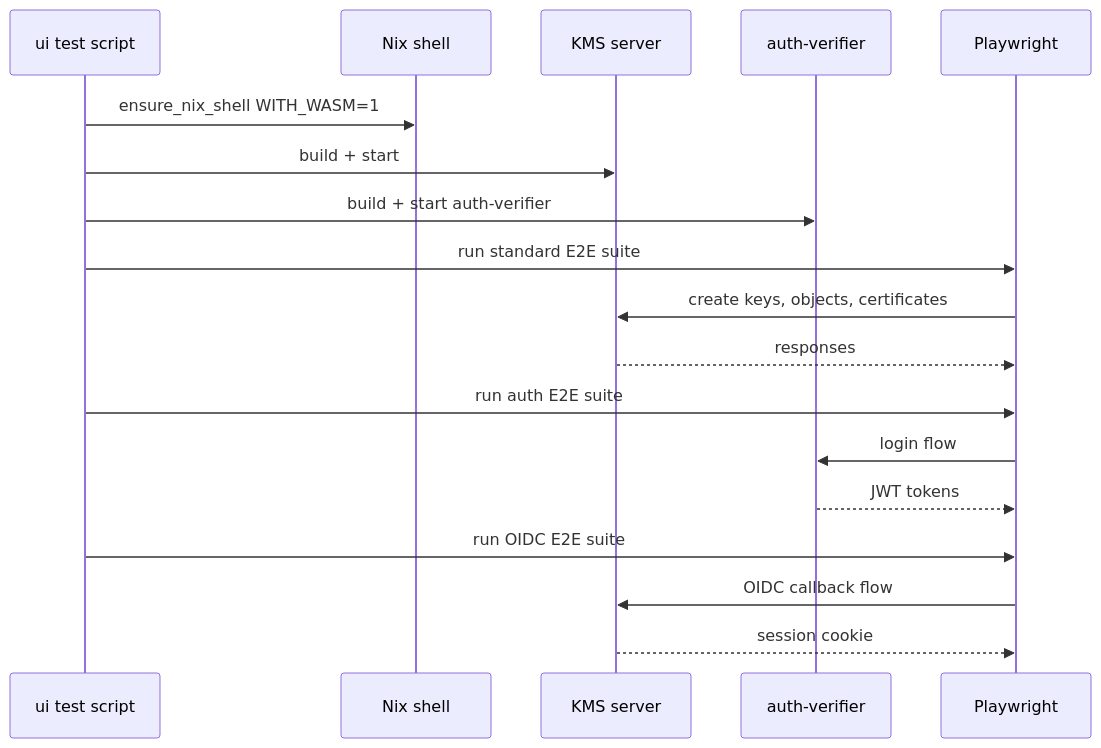
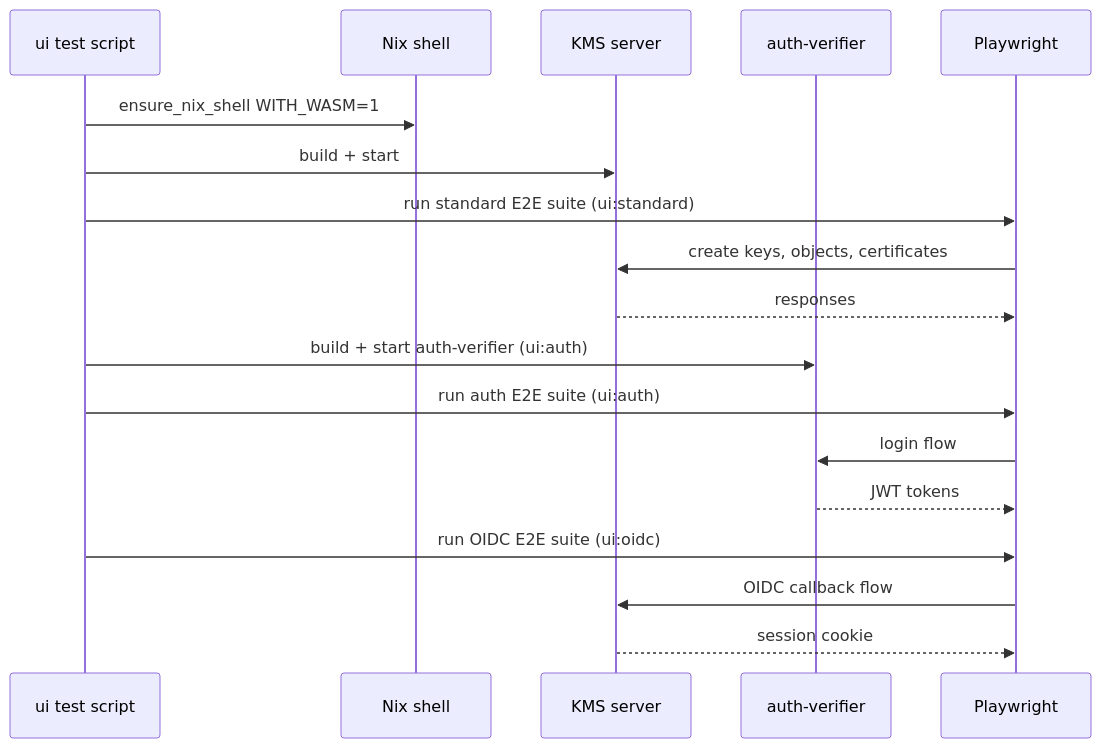
One commit to Cosmian/kms changed diagram 47 of 55 in .mise/tasks/test/README.md. Above: the diagram before and after it, drawn with Mermaid. The commit also changed other lines of this file and 301 other files, not shown here.

First line of the commit message:
ci: reduce PR build and test duration (#1359)

````diff
--- a/.mise/tasks/test/README.md
+++ b/.mise/tasks/test/README.md
@@ -1423,21 +1396,21 @@
 ```mermaid
 sequenceDiagram
     participant Test as ui test script
     participant Nix as Nix shell
     participant KMS as KMS server
     participant Auth as auth-verifier
     participant PW as Playwright
 
     Test->>Nix: ensure_nix_shell WITH_WASM=1
     Test->>KMS: build + start
-    Test->>Auth: build + start auth-verifier
-    Test->>PW: run standard E2E suite
+    Test->>PW: run standard E2E suite (ui:standard)
     PW->>KMS: create keys, objects, certificates
     KMS-->>PW: responses
-    Test->>PW: run auth E2E suite
+    Test->>Auth: build + start auth-verifier (ui:auth)
+    Test->>PW: run auth E2E suite (ui:auth)
     PW->>Auth: login flow
     Auth-->>PW: JWT tokens
-    Test->>PW: run OIDC E2E suite
+    Test->>PW: run OIDC E2E suite (ui:oidc)
     PW->>KMS: OIDC callback flow
     KMS-->>PW: session cookie
 ```
````
